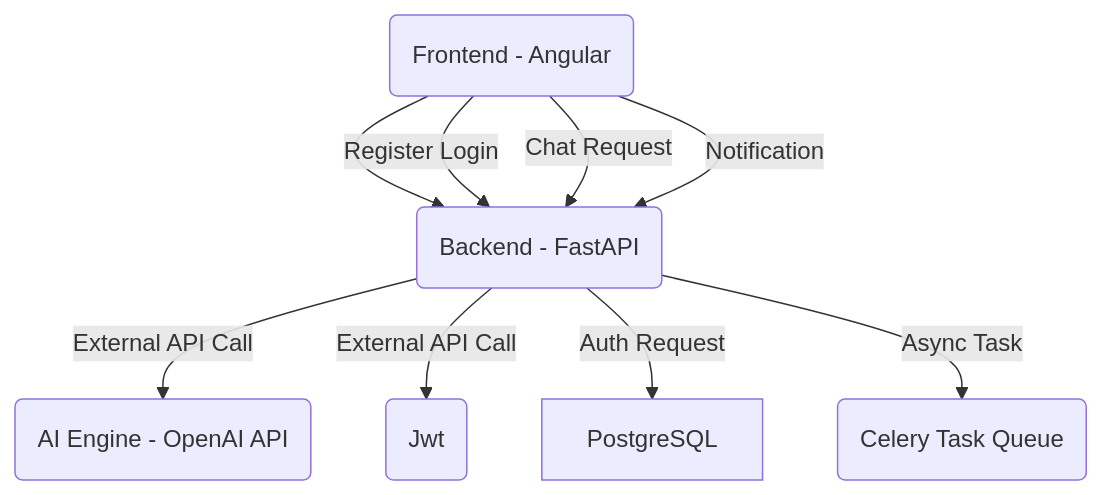
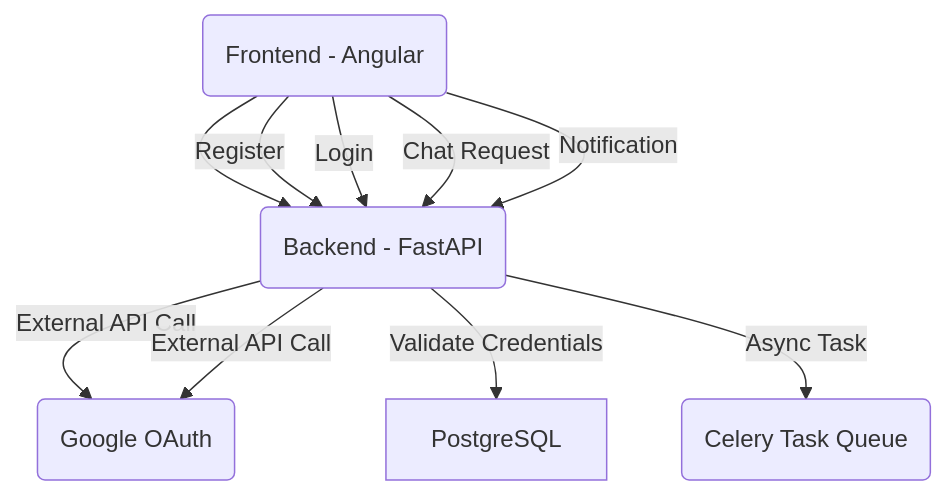
The diagram in mermaid.md (Joy-Ese/JayBank-Support-App), drawn with Mermaid before and after one commit.

````diff
--- a/mermaid.md
+++ b/mermaid.md
@@ -2,11 +2,12 @@
 ``` mermaid
 flowchart TD;
     FE("Frontend - Angular") --> BE("Backend - FastAPI")
     BE -->|External API Call| AI("AI Engine - OpenAI API")
-    BE -->|External API Call| OAuth("Jwt")
-    FE -->|Register Login| BE
+    BE -->|External API Call| AI("Google OAuth")
+    FE -->|Register| BE
+    FE -->|Login| BE
     FE -->|Chat Request| BE
     FE -->|Notification| BE
-    BE -->|Auth Request| Database["PostgreSQL"]
+    BE -->|Validate Credentials| Database["PostgreSQL"]
     BE -->|Async Task| Queue("Celery Task Queue")
 ```
````
